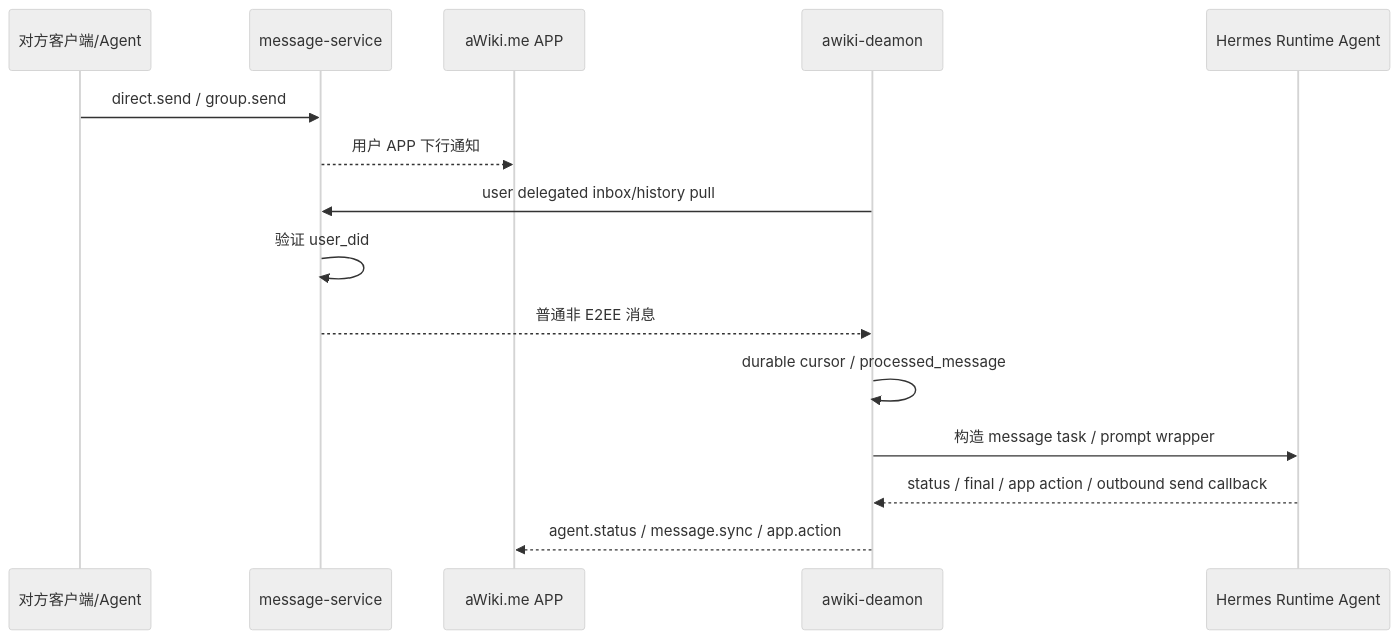
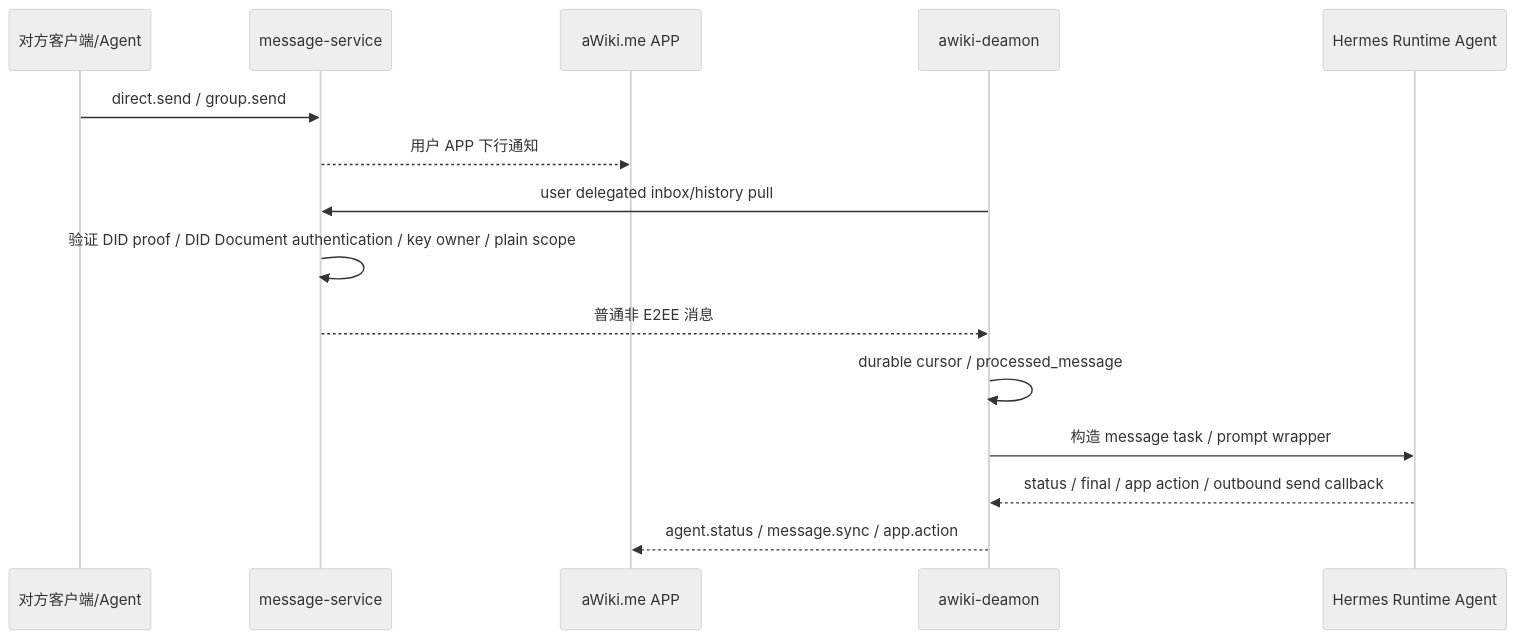
Before and after one commit to AgentConnect/awiki-cli-rs2: the second of 5 diagrams in docs/agent-im/agent_im_core_design.md, drawn with Mermaid (neutral theme). The commit also changed other lines of this file and 1 other file, not shown here.

Commit message:
docs: clarify delegated key MVP boundaries

````diff
--- a/docs/agent-im/agent_im_core_design.md
+++ b/docs/agent-im/agent_im_core_design.md
@@ -379,18 +379,18 @@
 ```mermaid
 sequenceDiagram
     participant Sender as 对方客户端/Agent
     participant MsgSvc as message-service
     participant App as aWiki.me APP
     participant Daemon as awiki-deamon
     participant Hermes as Hermes Runtime Agent
 
     Sender->>MsgSvc: direct.send / group.send
     MsgSvc-->>App: 用户 APP 下行通知
     Daemon->>MsgSvc: user delegated inbox/history pull
-    MsgSvc->>MsgSvc: 验证 user_did#daemon-key-1 / DID Document authentication / plain scope
+    MsgSvc->>MsgSvc: 验证 DID proof / DID Document authentication / key owner / plain scope
     MsgSvc-->>Daemon: 普通非 E2EE 消息
     Daemon->>Daemon: durable cursor / processed_message
     Daemon->>Hermes: 构造 message task / prompt wrapper
     Hermes-->>Daemon: status / final / app action / outbound send callback
     Daemon-->>App: agent.status / message.sync / app.action
 ```
````
